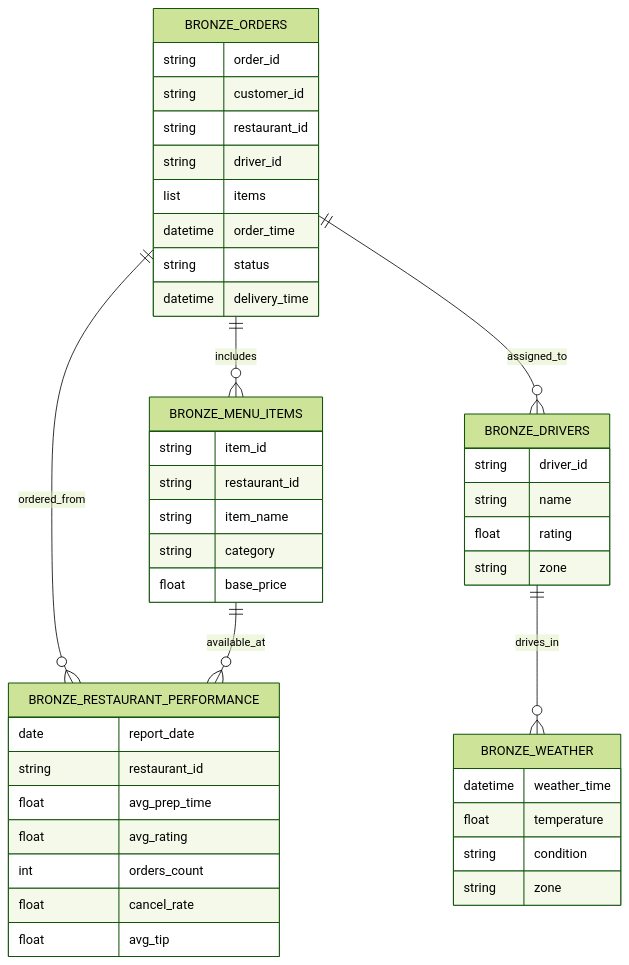
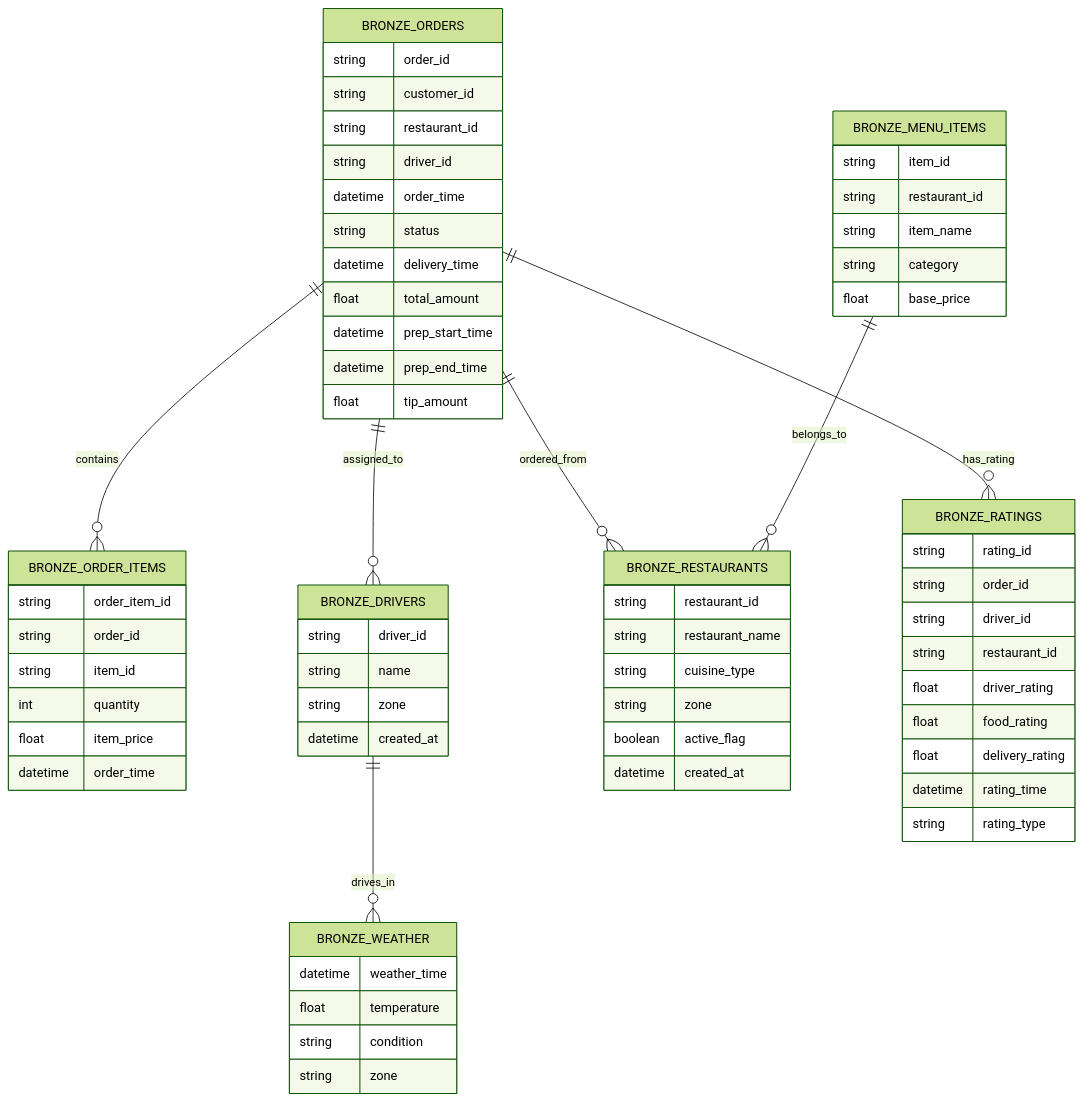
Before and after one commit to Rimidelo/WoEat---Data-Engineering---Final-Project: the diagram in Tables/bronze_tables.md, drawn with Mermaid (forest theme). The commit also changed 3 other files, not shown here.

Commit message:
Update ER diagrams and table structures for bronze, silver, and gold tables; rename relationships and add new fields for order items, ratings, and restaurant performance metrics.

````diff
--- a/Tables/bronze_tables.md
+++ b/Tables/bronze_tables.md
@@ -1,55 +1,79 @@
 ```mermaid
 erDiagram
-    BRONZE_ORDERS ||--o{ BRONZE_MENU_ITEMS : includes
+    BRONZE_ORDERS ||--o{ BRONZE_ORDER_ITEMS : contains
     BRONZE_ORDERS ||--o{ BRONZE_DRIVERS : assigned_to
-    BRONZE_ORDERS ||--o{ BRONZE_RESTAURANT_PERFORMANCE : ordered_from
+    BRONZE_ORDERS ||--o{ BRONZE_RESTAURANTS : ordered_from
+    BRONZE_ORDERS ||--o{ BRONZE_RATINGS : has_rating
     BRONZE_DRIVERS ||--o{ BRONZE_WEATHER : drives_in
-    BRONZE_MENU_ITEMS ||--o{ BRONZE_RESTAURANT_PERFORMANCE : available_at
+    BRONZE_MENU_ITEMS ||--o{ BRONZE_RESTAURANTS : belongs_to
 
     BRONZE_ORDERS {
         string order_id
         string customer_id
         string restaurant_id
         string driver_id
-        list items
         datetime order_time
         string status
         datetime delivery_time
+        float total_amount
+        datetime prep_start_time
+        datetime prep_end_time
+        float tip_amount
+    }
+
+    BRONZE_ORDER_ITEMS {
+        string order_item_id
+        string order_id
+        string item_id
+        int quantity
+        float item_price
+        datetime order_time
     }
 
     BRONZE_MENU_ITEMS {
         string item_id
         string restaurant_id
         string item_name
         string category
         float base_price
     }
 
     BRONZE_DRIVERS {
         string driver_id
         string name
-        float rating
         string zone
+        datetime created_at
     }
 
-    BRONZE_RESTAURANT_PERFORMANCE {
-        date report_date
+    BRONZE_RESTAURANTS {
         string restaurant_id
-        float avg_prep_time
-        float avg_rating
-        int orders_count
-        float cancel_rate
-        float avg_tip
+        string restaurant_name
+        string cuisine_type
+        string zone
+        boolean active_flag
+        datetime created_at
+    }
+
+    BRONZE_RATINGS {
+        string rating_id
+        string order_id
+        string driver_id
+        string restaurant_id
+        float driver_rating
+        float food_rating
+        float delivery_rating
+        datetime rating_time
+        string rating_type
     }
 
     BRONZE_WEATHER {
         datetime weather_time
         float temperature
         string condition
         string zone
     }
 
 
 
 
 ```
````
